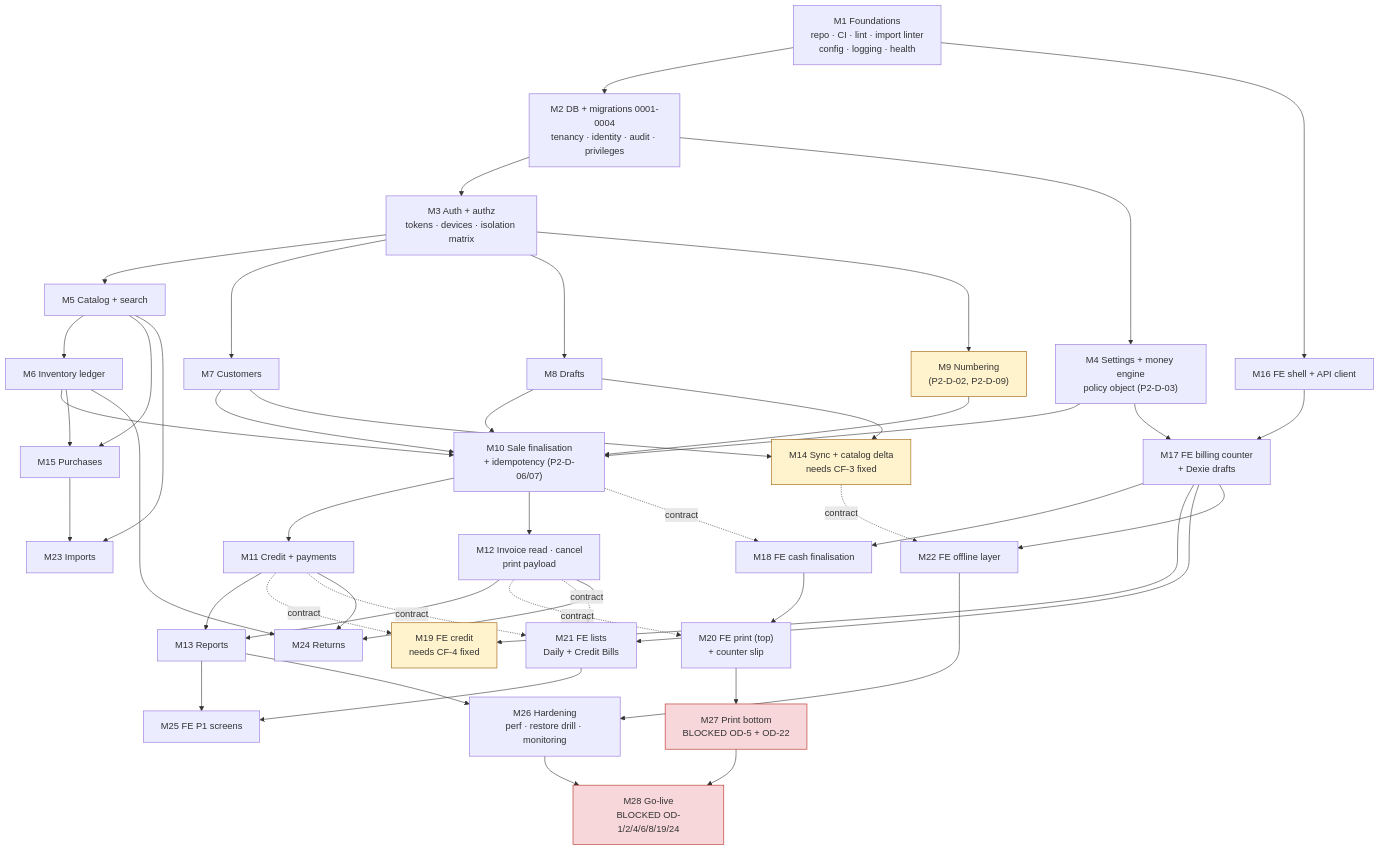
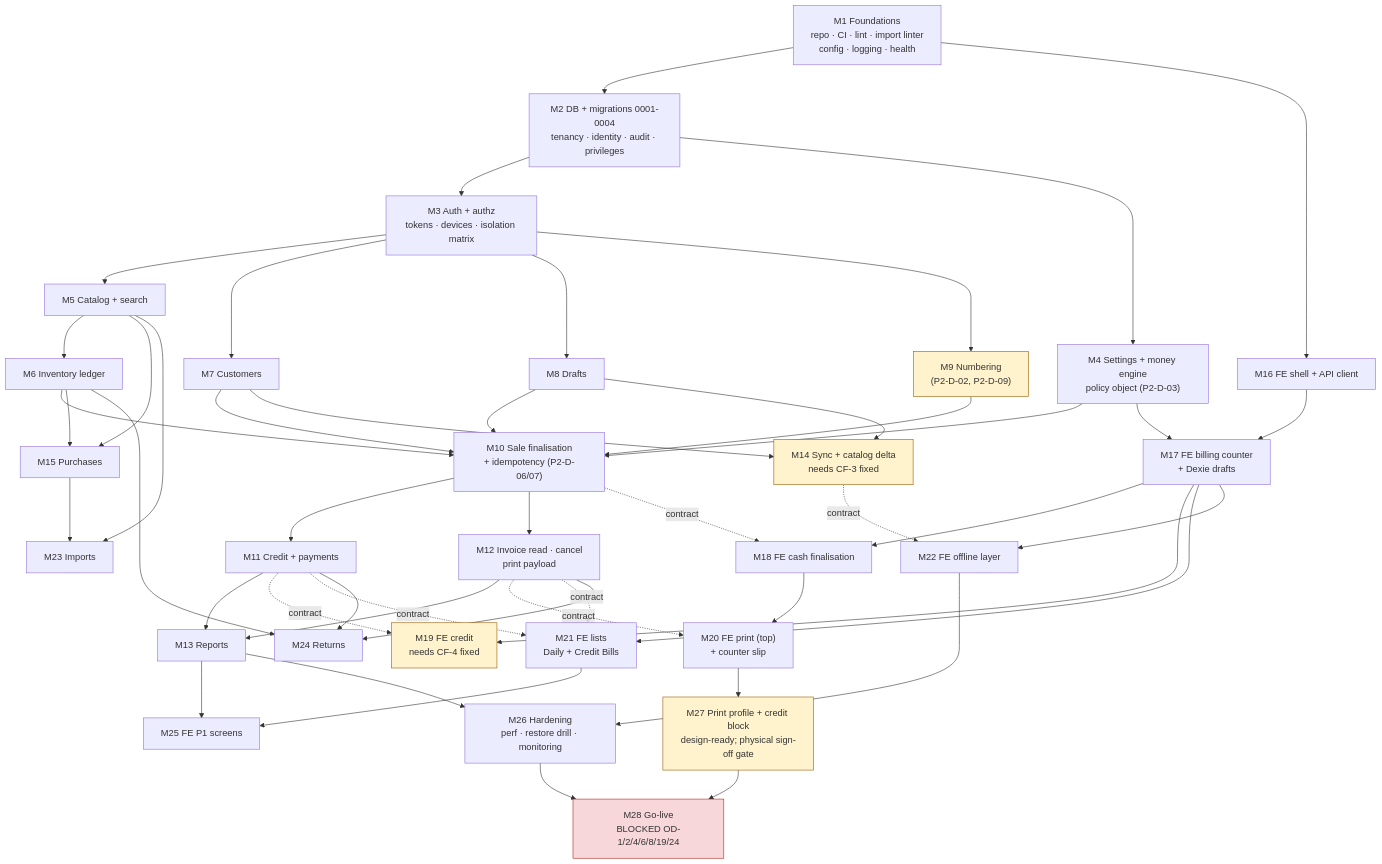
Before and after one commit to nationalautospares898-maker/bmbackend: diagram 11 of 11 in docs/PHASE-2-IMPLEMENTATION-BLUEPRINT.md, drawn with Mermaid. The commit also changed other lines of this file and 17 other files, not shown here.

````diff
--- a/docs/PHASE-2-IMPLEMENTATION-BLUEPRINT.md
+++ b/docs/PHASE-2-IMPLEMENTATION-BLUEPRINT.md
@@ -1267,75 +1278,75 @@
 ```mermaid
 graph TD
     M1["M1 Foundations<br/>repo · CI · lint · import linter<br/>config · logging · health"]
     M2["M2 DB + migrations 0001-0004<br/>tenancy · identity · audit · privileges"]
     M3["M3 Auth + authz<br/>tokens · devices · isolation matrix"]
     M4["M4 Settings + money engine<br/>policy object (P2-D-03)"]
     M5["M5 Catalog + search"]
     M6["M6 Inventory ledger"]
     M7["M7 Customers"]
     M8["M8 Drafts"]
     M9["M9 Numbering<br/>(P2-D-02, P2-D-09)"]
     M10["M10 Sale finalisation<br/>+ idempotency (P2-D-06/07)"]
     M11["M11 Credit + payments"]
     M12["M12 Invoice read · cancel<br/>print payload"]
     M13["M13 Reports"]
     M14["M14 Sync + catalog delta<br/>needs CF-3 fixed"]
     M15["M15 Purchases"]
     M16["M16 FE shell + API client"]
     M17["M17 FE billing counter<br/>+ Dexie drafts"]
     M18["M18 FE cash finalisation"]
     M19["M19 FE credit<br/>needs CF-4 fixed"]
     M20["M20 FE print (top)<br/>+ counter slip"]
     M21["M21 FE lists<br/>Daily + Credit Bills"]
     M22["M22 FE offline layer"]
     M23["M23 Imports"]
     M24["M24 Returns"]
     M25["M25 FE P1 screens"]
     M26["M26 Hardening<br/>perf · restore drill · monitoring"]
-    M27["M27 Print bottom<br/>BLOCKED OD-5 + OD-22"]
+    M27["M27 Print profile + credit block<br/>design-ready; physical sign-off gate"]
     M28["M28 Go-live<br/>BLOCKED OD-1/2/4/6/8/19/24"]
 
     M1 --> M2 --> M3 --> M5 & M7 & M8
     M2 --> M4
     M4 --> M10
     M5 --> M6 --> M10
     M8 --> M10
     M7 --> M10
     M9 --> M10
     M3 --> M9
     M10 --> M11 --> M13
     M10 --> M12 --> M13
     M8 --> M14
     M7 --> M14
     M6 --> M15
     M5 --> M15
     M1 --> M16 --> M17 --> M18
     M4 --> M17
     M10 -.->|contract| M18
     M17 --> M19
     M11 -.->|contract| M19
     M12 -.->|contract| M20
     M18 --> M20
     M12 -.->|contract| M21
     M11 -.->|contract| M21
     M17 --> M21
     M14 -.->|contract| M22
     M17 --> M22
     M15 --> M23
     M5 --> M23
     M12 --> M24
     M11 --> M24
     M6 --> M24
     M13 --> M25
     M21 --> M25
     M22 --> M26
     M13 --> M26
     M20 --> M27
     M26 --> M28
     M27 --> M28
 
     classDef blocked fill:#f8d7da,stroke:#b3261e
     classDef gatefix fill:#fff3cd,stroke:#9a5b00
-    class M27,M28 blocked
-    class M14,M19,M9 gatefix
+    class M28 blocked
+    class M14,M19,M9,M27 gatefix
 ```
````
